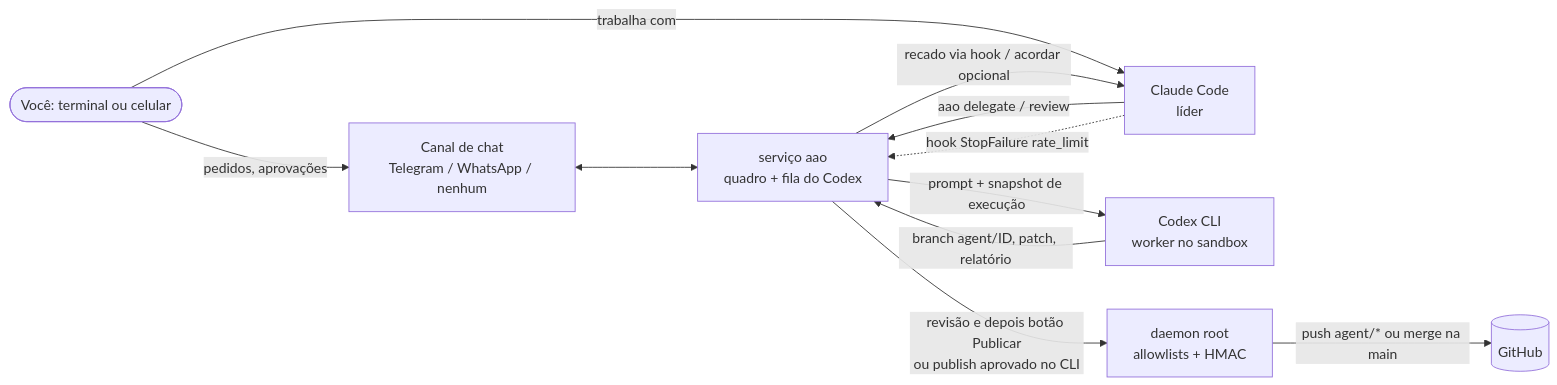
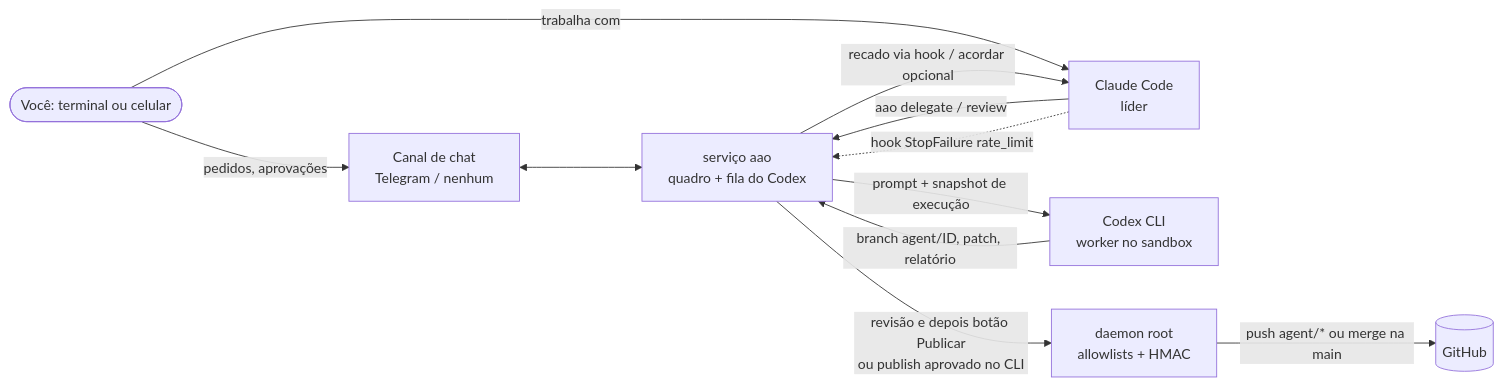
One commit to JonasaAugusto/ai-agents-orchestrator changed the diagram in README.pt-BR.md. Above: the diagram before and after it, drawn with Mermaid. The commit also changed other lines of this file and 5 other files, not shown here.

Commit message:
WhatsApp: optional unofficial extra, off the first screen, doctor and wizard warn

````diff
--- a/README.pt-BR.md
+++ b/README.pt-BR.md
@@ -156,13 +156,13 @@
 ```mermaid
 flowchart LR
-    U([Você: terminal ou celular]) -->|pedidos, aprovações| CH[Canal de chat<br/>Telegram / WhatsApp / nenhum]
+    U([Você: terminal ou celular]) -->|pedidos, aprovações| CH[Canal de chat<br/>Telegram / nenhum]
     U -->|trabalha com| CC[Claude Code<br/>líder]
     CC -->|aao delegate / review| SVC
     CC -.->|hook StopFailure rate_limit| SVC
     CH <--> SVC[serviço aao<br/>quadro + fila do Codex]
     SVC -->|prompt + snapshot de execução| CX[Codex CLI<br/>worker no sandbox]
     CX -->|branch agent/ID, patch, relatório| SVC
     SVC -->|recado via hook / acordar opcional| CC
     SVC -->|revisão e depois botão Publicar<br/>ou publish aprovado no CLI| RD[daemon root<br/>allowlists + HMAC]
     RD -->|push agent/* ou merge na main| GH[(GitHub)]
 ```
````
